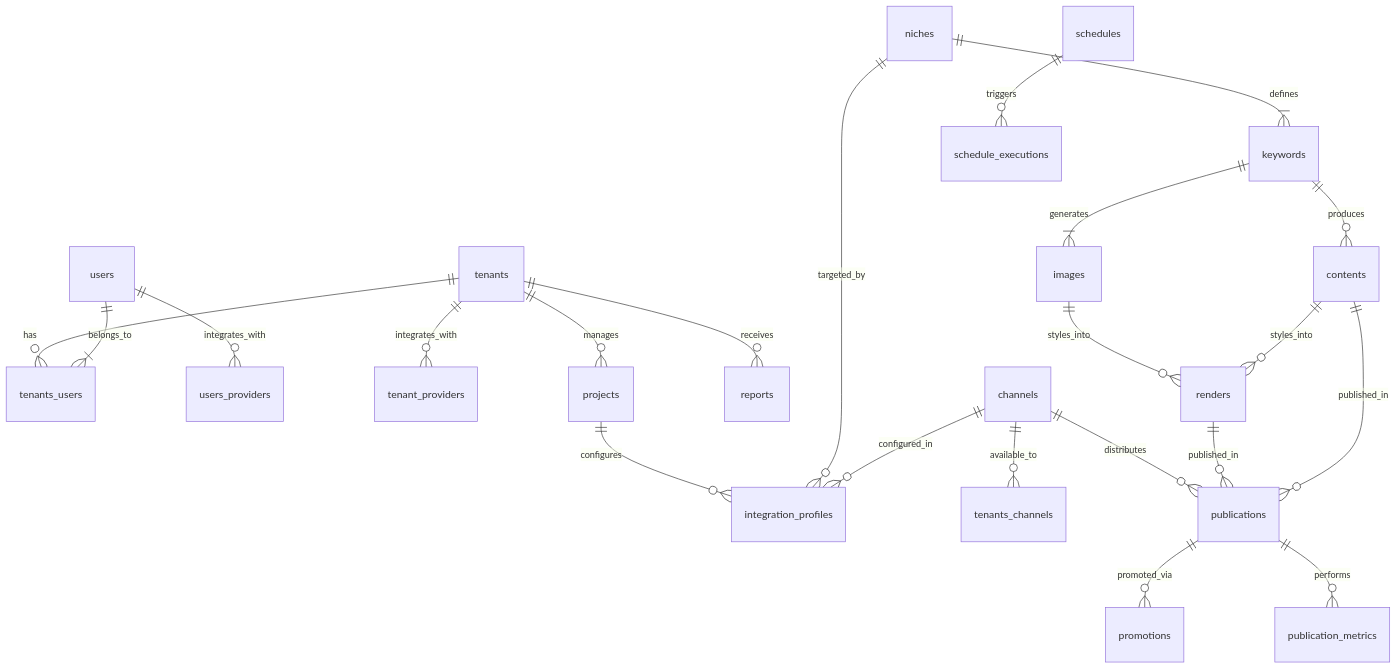
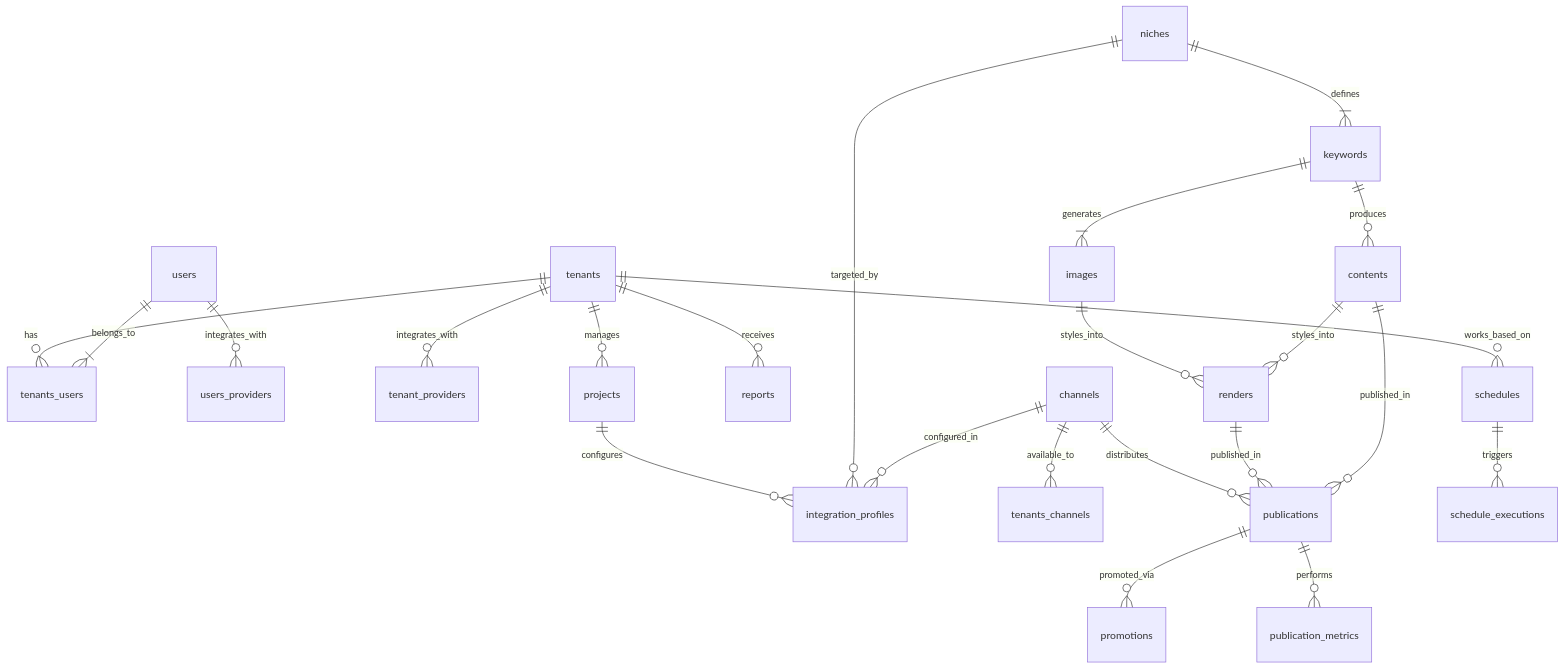
The first of 2 diagrams in README.md (rhamblin/content_automation_engine), drawn with Mermaid before and after one commit.

Commit message:
Mod ER diagram

````diff
--- a/README.md
+++ b/README.md
@@ -126,24 +126,106 @@
 ```mermaid
 erDiagram
-    tenants       ||--o{  tenants_users : "has"
-    users         ||--|{  tenants_users : belongs_to
-    users         ||--o{  users_providers: integrates_with
-    tenants       ||--o{  tenant_providers : integrates_with
-    tenants       ||--o{  projects : manages
-    tenants       ||--o{  reports  : receives
-    projects      ||--o{  integration_profiles : configures
-    niches        ||--o{  integration_profiles : targeted_by
-    niches        ||--|{  keywords : defines
-    keywords      ||--|{  images : generates
-    keywords      ||--o{  contents : produces
-    images        ||--o{  renders: styles_into
-    contents      ||--o{  renders: styles_into
-    channels      ||--o{  tenants_channels: available_to
-    channels      ||--o{  integration_profiles: configured_in
-    channels      ||--o{  publications: distributes
-    renders       ||--o{  publications: published_in
-    contents      ||--o{  publications: published_in
-    publications  ||--o{  promotions: promoted_via
-    publications  ||--o{  publication_metrics: performs
-    schedules     ||--o{  schedule_executions: triggers
+  tenants       ||--o{  tenants_users : "has"
+  users         ||--|{  tenants_users : belongs_to
+  users         ||--o{  users_providers: integrates_with
+  tenants       ||--o{  tenant_providers : integrates_with
+  tenants       ||--o{  projects : manages
+  tenants       ||--o{  reports  : receives
+  tenants       ||--o{  schedules: works_based_on
+  projects      ||--o{  integration_profiles : configures
+  niches        ||--o{  integration_profiles : targeted_by
+  niches        ||--|{  keywords : defines
+  keywords      ||--|{  images : generates
+  keywords      ||--o{  contents : produces
+  images        ||--o{  renders: styles_into
+  contents      ||--o{  renders: styles_into
+  channels      ||--o{  tenants_channels: available_to
+  channels      ||--o{  integration_profiles: configured_in
+  channels      ||--o{  publications: distributes
+  renders       ||--o{  publications: published_in
+  contents      ||--o{  publications: published_in
+  publications  ||--o{  promotions: promoted_via
+  publications  ||--o{  publication_metrics: performs
+  schedules     ||--o{  schedule_executions: triggers
+
+  tenants {
+
+  }
+
+  tenants_users {
+
+  }
+
+  users {
+
+  }
+
+  users_providers {
+
+  }
+
+  tenant_providers {
+
+  }
+
+  projects {
+
+  }
+
+  reports {
+
+  }
+
+  integration_profiles {
+
+  }
+
+  niches {
+
+  }
+
+  keywords {
+
+  }
+
+  images {
+
+  }
+
+  contents {
+
+  }
+
+  renders {
+
+  }
+
+  tenants_channels {
+
+  }
+
+  channels {
+
+  }
+
+  publications {
+
+  }
+
+  promotions {
+
+  }
+
+  publication_metrics {
+
+  }
+
+  schedules {
+
+  }
+
+  schedule_executions {
+
+  }
+
 ```
````
